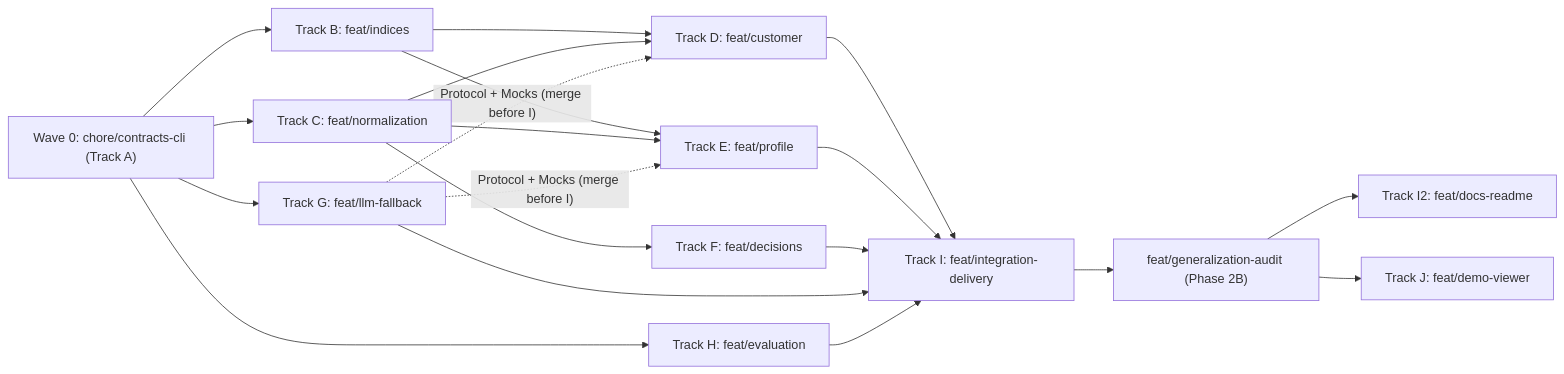
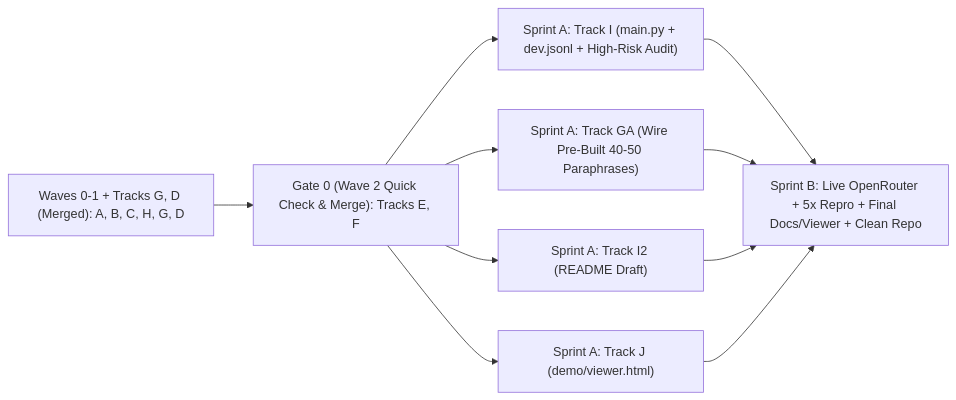
One commit to nicolaspm-io/FinCrimeHackathon changed the diagram in FINAL_PLAN.md. Above: the diagram before and after it, drawn with Mermaid. The commit also changed other lines of this file, not shown here.

Commit message:
chore(plan): update post-wave-2 compressed endgame roadmap

````diff
--- a/FINAL_PLAN.md
+++ b/FINAL_PLAN.md
@@ -326,22 +339,12 @@
 ```mermaid
 flowchart LR
-    W0["Wave 0: chore/contracts-cli (Track A)"] --> B["Track B: feat/indices"]
-    W0 --> C["Track C: feat/normalization"]
-    W0 --> G["Track G: feat/llm-fallback"]
-    W0 --> H["Track H: feat/evaluation"]
-    B --> D["Track D: feat/customer"]
-    C --> D
-    B --> E["Track E: feat/profile"]
-    C --> E
-    C --> F["Track F: feat/decisions"]
-    G -. "Protocol + Mocks (merge before I)" .-> D
-    G -. "Protocol + Mocks (merge before I)" .-> E
-    D --> I["Track I: feat/integration-delivery"]
-    E --> I
-    F --> I
-    G --> I
-    H --> I
-    I --> GA["feat/generalization-audit (Phase 2B)"]
-    GA --> DR["Track I2: feat/docs-readme"]
-    GA --> J["Track J: feat/demo-viewer"]
+    W01["Waves 0-1 + Tracks G, D (Merged): A, B, C, H, G, D"] --> W2["Gate 0 (Wave 2 Quick Check & Merge): Tracks E, F"]
+    W2 --> SA_I["Sprint A: Track I (main.py + dev.jsonl + High-Risk Audit)"]
+    W2 --> SA_GA["Sprint A: Track GA (Wire Pre-Built 40-50 Paraphrases)"]
+    W2 --> SA_I2["Sprint A: Track I2 (README Draft)"]
+    W2 --> SA_J["Sprint A: Track J (demo/viewer.html)"]
+    SA_I --> SB["Sprint B: Live OpenRouter + 5x Repro + Final Docs/Viewer + Clean Repo"]
+    SA_GA --> SB
+    SA_I2 --> SB
+    SA_J --> SB
 ```
````
